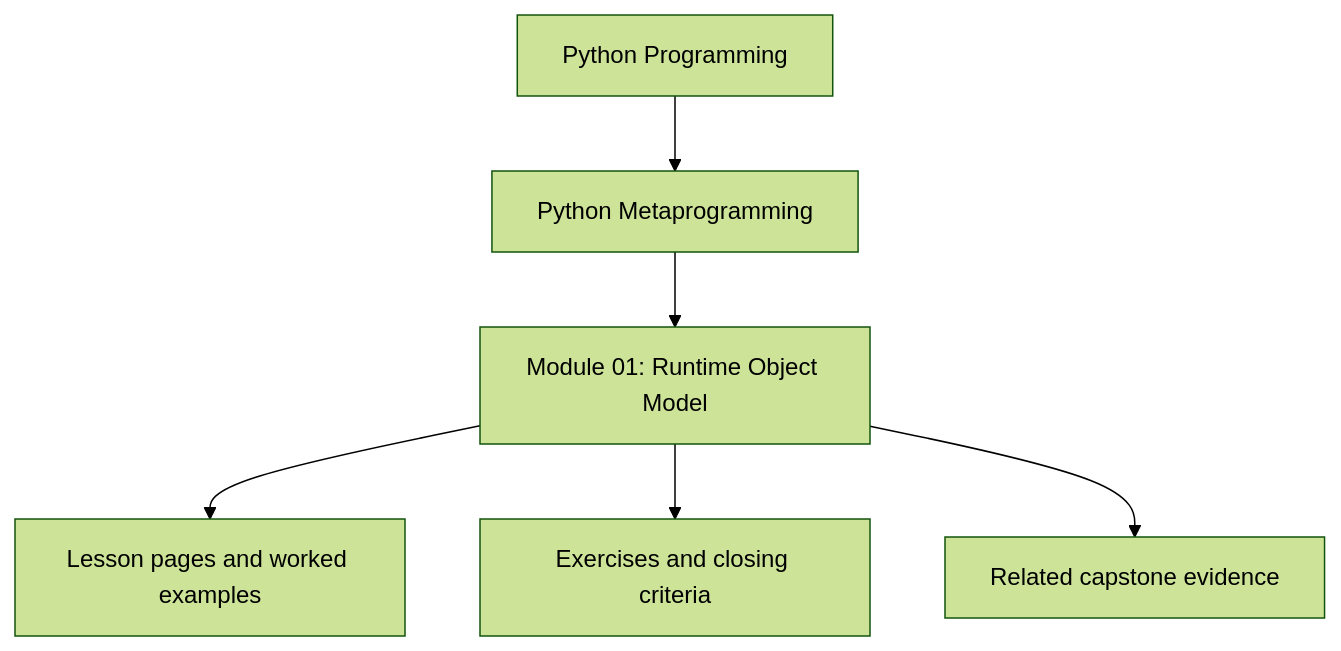
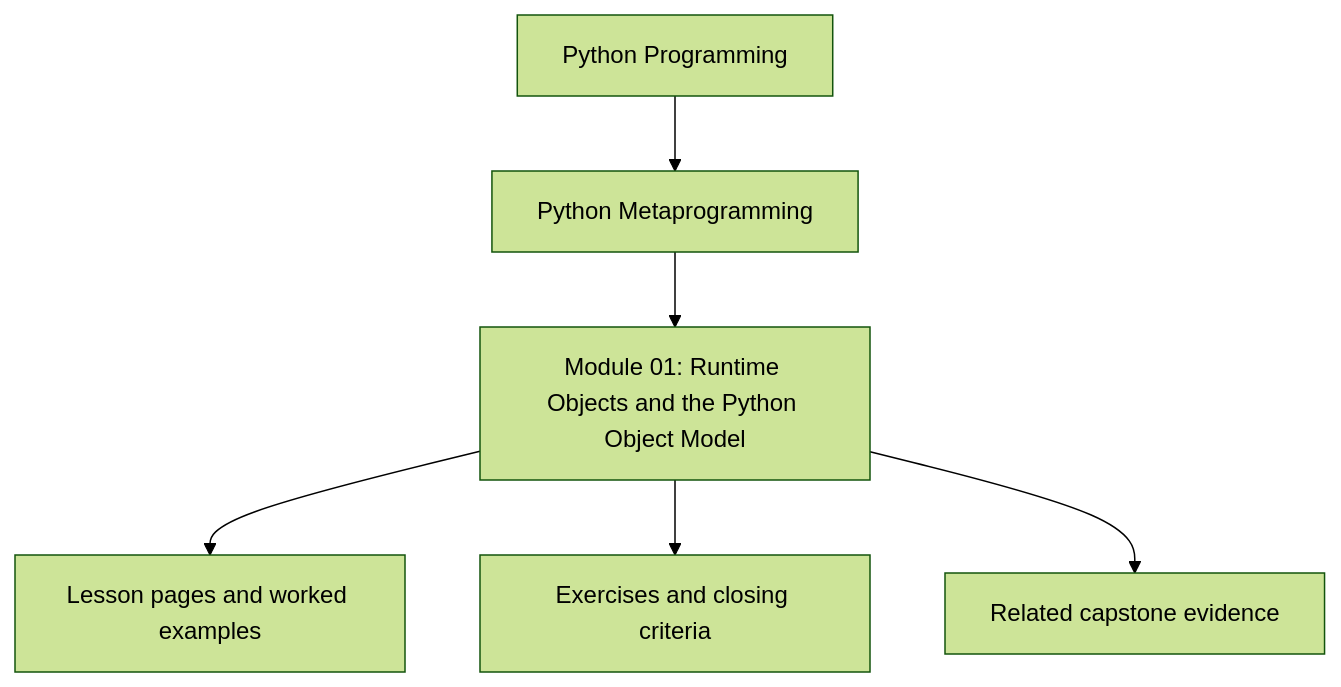
Before and after one commit to bijux/bijux-masterclass: the first of 8 diagrams in programs/python-programming/python-meta-programming/course-book/module-01-runtime-object-model/index.md, drawn with Mermaid (forest theme). The commit also changed other lines of this file and 241 other files, not shown here.

````diff
--- a/programs/python-programming/python-meta-programming/course-book/module-01-runtime-object-model/index.md
+++ b/programs/python-programming/python-meta-programming/course-book/module-01-runtime-object-model/index.md
@@ -8,8 +8,8 @@
 ```mermaid
 flowchart TD
   family["Python Programming"] --> program["Python Metaprogramming"]
-  program --> module["Module 01: Runtime Object Model"]
+  program --> module["Module 01: Runtime Objects and the Python Object Model"]
   module --> lessons["Lesson pages and worked examples"]
   module --> checkpoints["Exercises and closing criteria"]
   module --> capstone["Related capstone evidence"]
 ```
````
